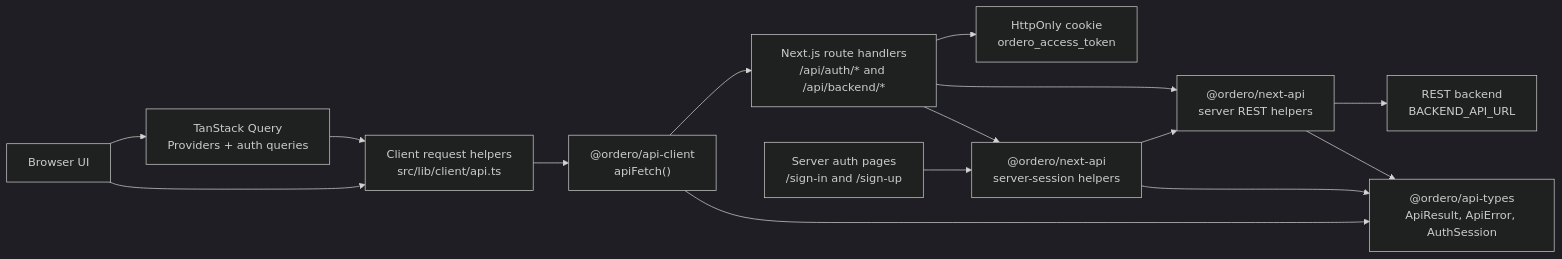
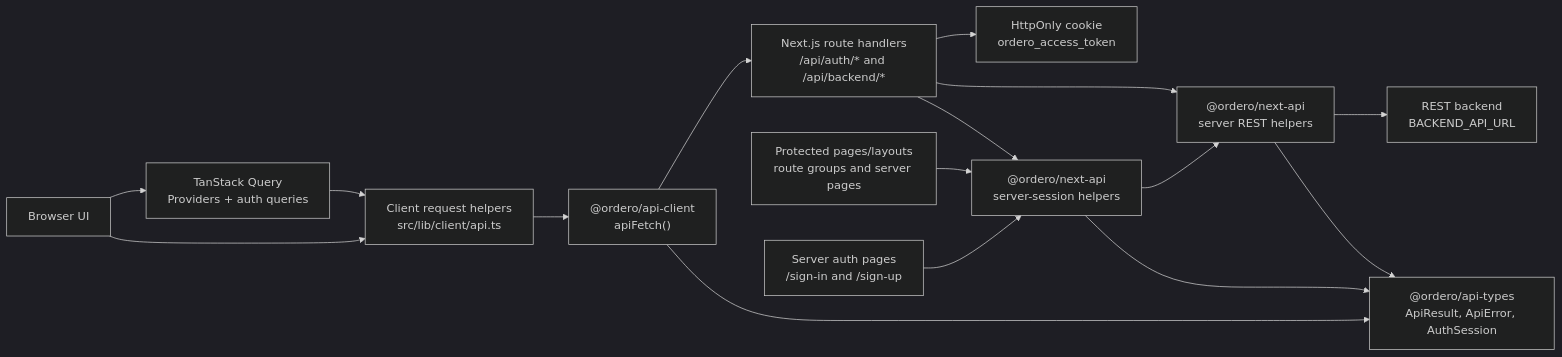
The first of 8 diagrams in docs/http-auth.md (ordero-biz/monorepo), drawn with Mermaid (dark theme) before and after one commit. The commit also changed other lines of this file and 6 other files, not shown here.

````diff
--- a/docs/http-auth.md
+++ b/docs/http-auth.md
@@ -12,29 +12,31 @@
 ```mermaid
 flowchart LR
   browser["Browser UI"]
   authPage["Server auth pages<br/>/sign-in and /sign-up"]
+  protectedPage["Protected pages/layouts<br/>route groups and server pages"]
   clientApi["Client request helpers<br/>src/lib/client/api.ts"]
   clientFetch["@ordero/api-client<br/>apiFetch()"]
   query["TanStack Query<br/>Providers + auth queries"]
   nextApi["Next.js route handlers<br/>/api/auth/* and /api/backend/*"]
   cookie["HttpOnly cookie<br/>ordero_access_token"]
   session["@ordero/next-api<br/>server-session helpers"]
   serverApi["@ordero/next-api<br/>server REST helpers"]
   types["@ordero/api-types<br/>ApiResult, ApiError, AuthSession"]
   backend["REST backend<br/>BACKEND_API_URL"]
 
   authPage --> session
+  protectedPage --> session
   browser --> clientApi
   browser --> query
   query --> clientApi
   clientApi --> clientFetch
   clientFetch --> nextApi
   nextApi --> cookie
   nextApi --> session
   session --> serverApi
   nextApi --> serverApi
   clientFetch --> types
   session --> types
   serverApi --> types
   serverApi --> backend
 ```
````
